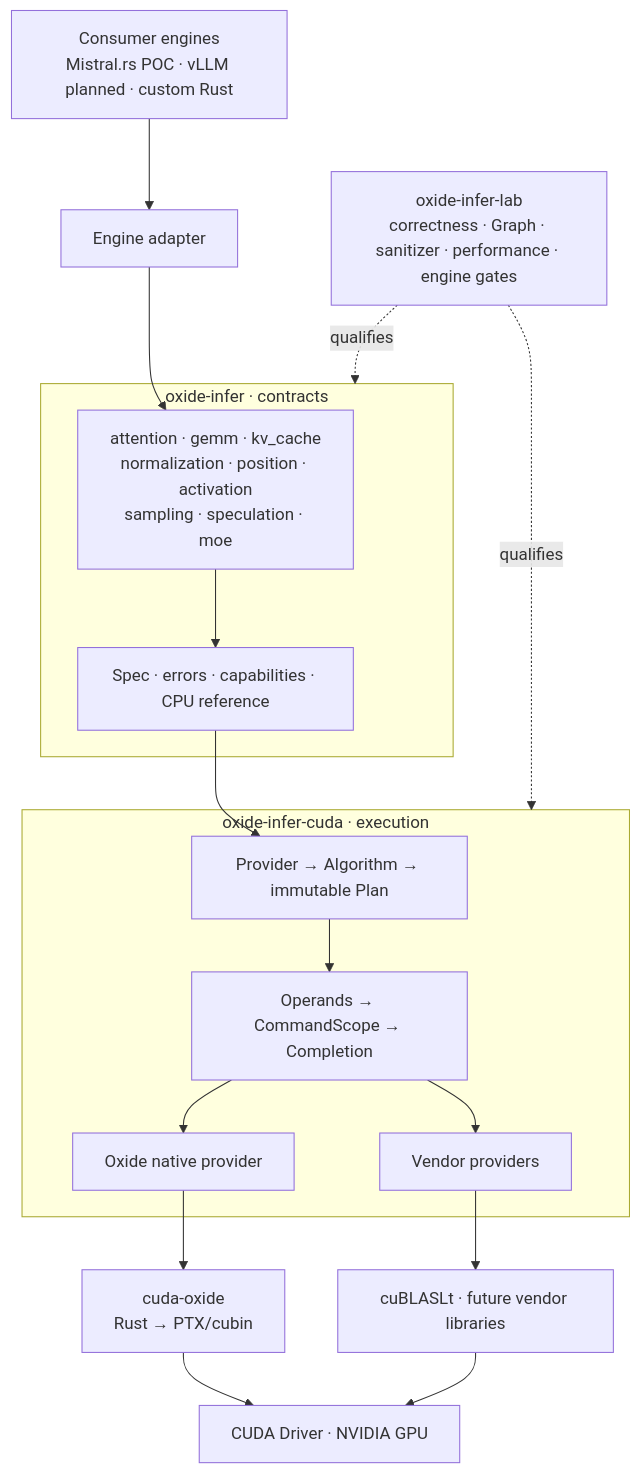
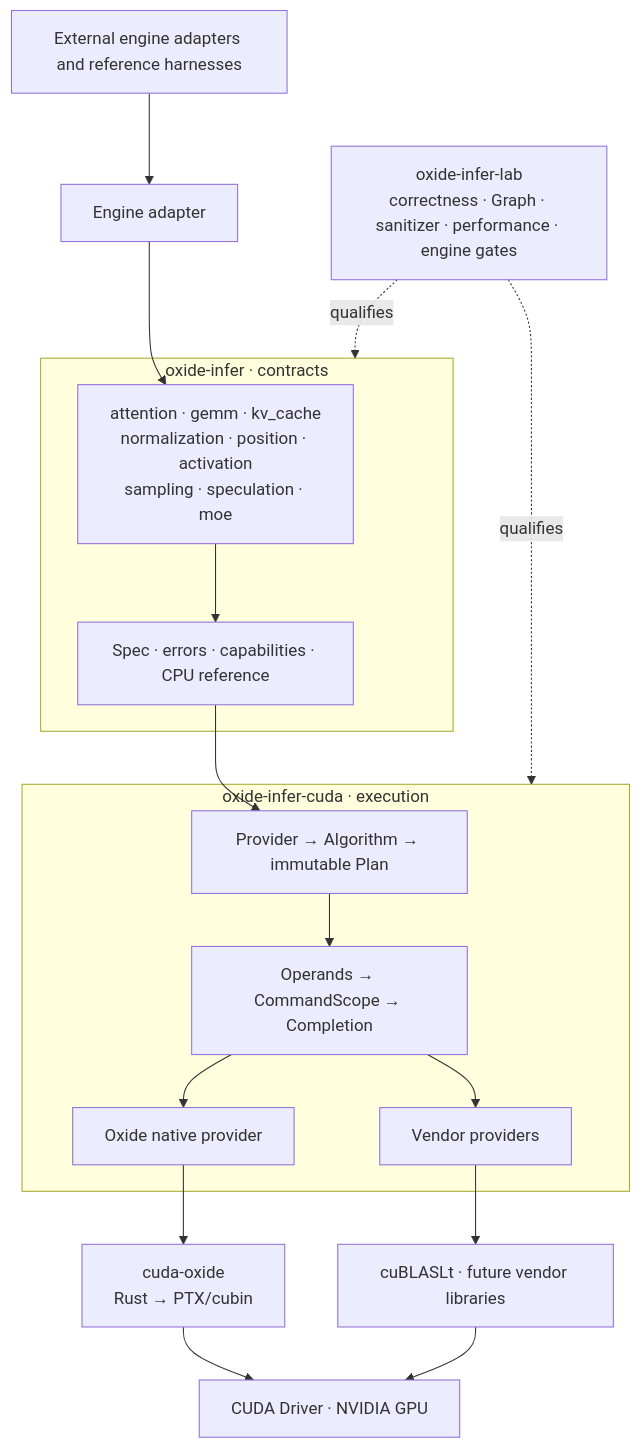
One commit to feichai0017/orbitkv changed the diagram in README.md. Above: the diagram before and after it, drawn with Mermaid. The commit also changed other lines of this file and 12 other files, not shown here.

````diff
--- a/README.md
+++ b/README.md
@@ -64,28 +67,28 @@
 ```mermaid
 flowchart TB
-  Engines["Consumer engines<br/>Mistral.rs POC · vLLM planned · custom Rust"]
+  Engines["External engine adapters and reference harnesses"]
   Adapter["Engine adapter"]
 
   subgraph Core["oxide-infer · contracts"]
     Families["attention · gemm · kv_cache<br/>normalization · position · activation<br/>sampling · speculation · moe"]
     Spec["Spec · errors · capabilities · CPU reference"]
   end
 
   subgraph Cuda["oxide-infer-cuda · execution"]
     Planning["Provider → Algorithm → immutable Plan"]
     Runtime["Operands → CommandScope → Completion"]
     Native["Oxide native provider"]
     Vendor["Vendor providers"]
   end
 
   Oxide["cuda-oxide<br/>Rust → PTX/cubin"]
   Libraries["cuBLASLt · future vendor libraries"]
   Driver["CUDA Driver · NVIDIA GPU"]
   Lab["oxide-infer-lab<br/>correctness · Graph · sanitizer · performance · engine gates"]
 
   Engines --> Adapter --> Families --> Spec --> Planning --> Runtime
   Runtime --> Native --> Oxide --> Driver
   Runtime --> Vendor --> Libraries --> Driver
   Lab -. qualifies .-> Core
   Lab -. qualifies .-> Cuda
 ```
````
